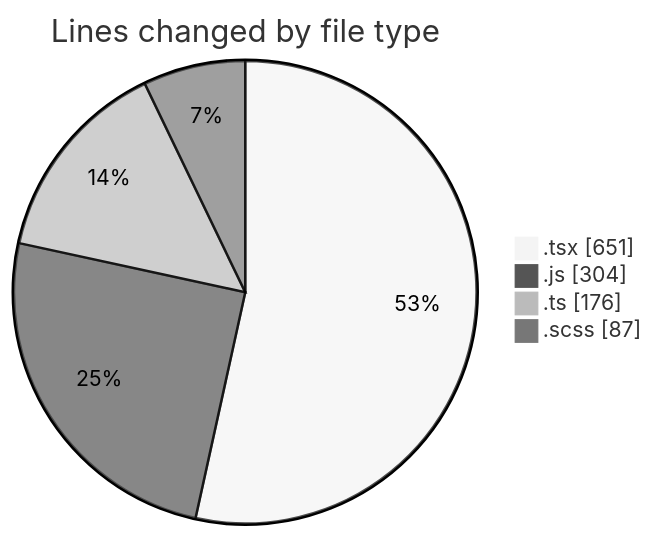
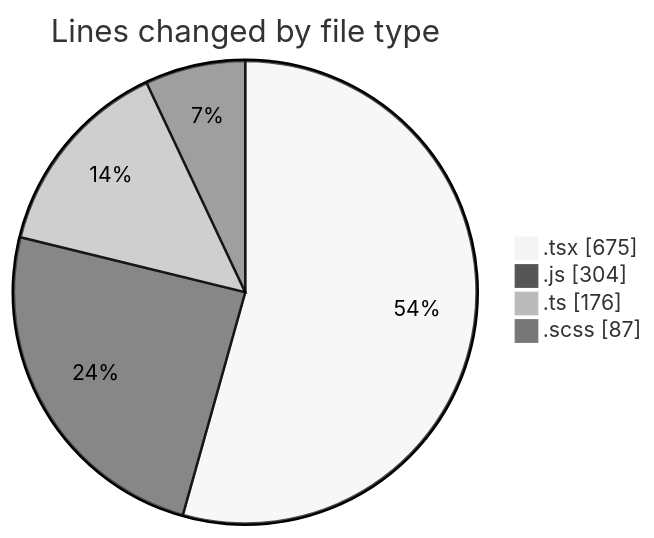
The first of 2 diagrams in 2025-02-26/cda/README.md (momahboobian/code-tracking), drawn with Mermaid (neutral theme) before and after one commit. The commit also changed other lines of this file and 1 other file, not shown here.

````diff
--- a/2025-02-26/cda/README.md
+++ b/2025-02-26/cda/README.md
@@ -31,8 +31,8 @@
 ```mermaid
 pie showData
 title Lines changed by file type
-".tsx" : 651
+".tsx" : 675
 ".js" : 304
 ".ts" : 176
 ".scss" : 87
 ```
````
